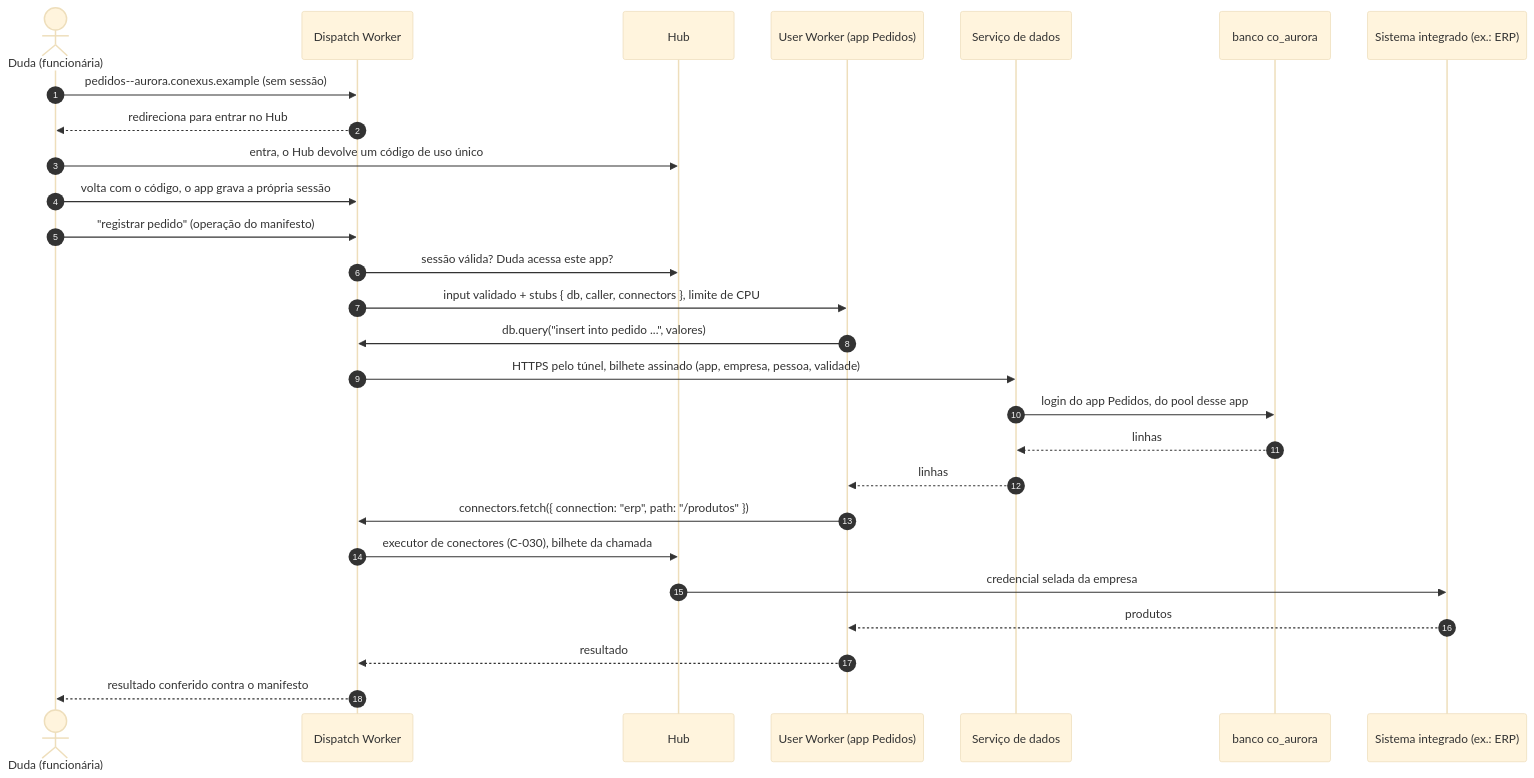
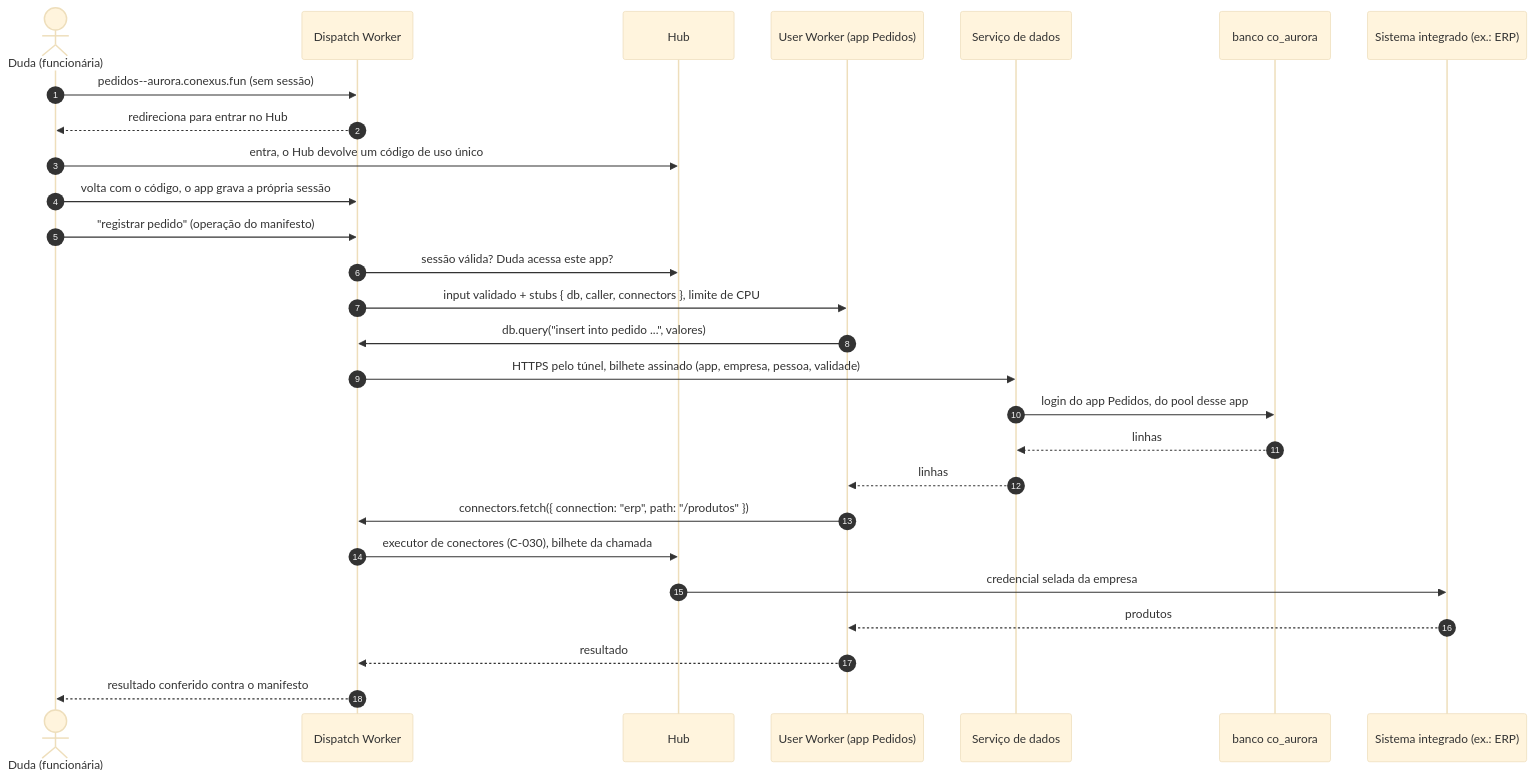
The eighth of 8 diagrams in docs/research/architecture/target-design.md (developmentconexus-ops/conexus-os), drawn with Mermaid (base theme) before and after one commit. The commit also changed other lines of this file and 1 other file, not shown here.

First line of the commit message:
docs(research): operator answers: one domain conexus.fun, model accounts per company, risk reduction plan

````diff
--- a/docs/research/architecture/target-design.md
+++ b/docs/research/architecture/target-design.md
@@ -398,29 +398,29 @@
 ```mermaid
 sequenceDiagram
   autonumber
   actor Duda as Duda (funcionária)
   participant D as Dispatch Worker
   participant Hub as Hub
   participant U as User Worker (app Pedidos)
   participant S as Serviço de dados
   participant N as banco co_aurora
   participant ERP as Sistema integrado (ex.: ERP)
-  Duda->>D: pedidos--aurora.conexus.example (sem sessão)
+  Duda->>D: pedidos--aurora.conexus.fun (sem sessão)
   D-->>Duda: redireciona para entrar no Hub
   Duda->>Hub: entra, o Hub devolve um código de uso único
   Duda->>D: volta com o código, o app grava a própria sessão
   Duda->>D: "registrar pedido" (operação do manifesto)
   D->>Hub: sessão válida? Duda acessa este app?
   D->>U: input validado + stubs { db, caller, connectors }, limite de CPU
   U->>D: db.query("insert into pedido ...", valores)
   D->>S: HTTPS pelo túnel, bilhete assinado (app, empresa, pessoa, validade)
   S->>N: login do app Pedidos, do pool desse app
   N-->>S: linhas
   S-->>U: linhas
   U->>D: connectors.fetch({ connection: "erp", path: "/produtos" })
   D->>Hub: executor de conectores (C-030), bilhete da chamada
   Hub->>ERP: credencial selada da empresa
   ERP-->>U: produtos
   U-->>D: resultado
   D-->>Duda: resultado conferido contra o manifesto
 ```
````
